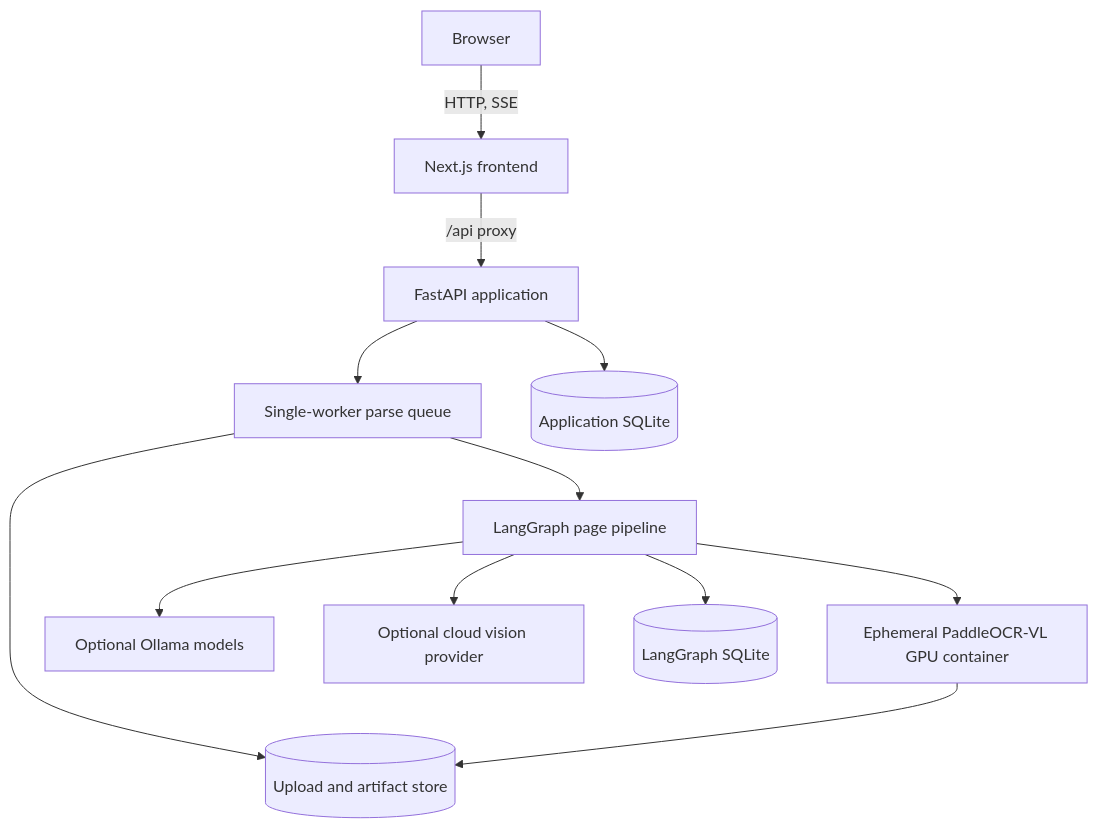
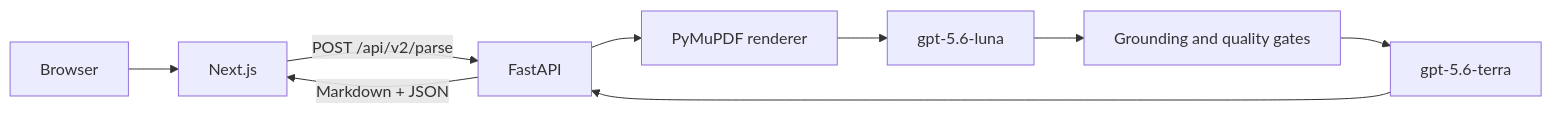
Before and after one commit to pypi-ahmad/Agentic-Document-Extraction: the diagram in docs/ARCHITECTURE.md, drawn with Mermaid. The commit also changed other lines of this file and 146 other files, not shown here.

````diff
--- a/docs/ARCHITECTURE.md
+++ b/docs/ARCHITECTURE.md
@@ -28,14 +6,11 @@
 ```mermaid
-flowchart TB
-    Browser[Browser] -->|HTTP, SSE| Next[Next.js frontend]
-    Next -->|/api proxy| API[FastAPI application]
-    API --> Queue[Single-worker parse queue]
-    Queue --> Graph[LangGraph page pipeline]
-    Graph --> Paddle[Ephemeral PaddleOCR-VL GPU container]
-    Graph --> Ollama[Optional Ollama models]
-    Graph --> Cloud[Optional cloud vision provider]
-    API --> AppDB[(Application SQLite)]
-    Graph --> Checkpoints[(LangGraph SQLite)]
-    Queue --> Store[(Upload and artifact store)]
-    Paddle --> Store
+flowchart LR
+    User[Browser] --> UI[Next.js]
+    UI -->|POST /api/v2/parse| API[FastAPI]
+    API --> Render[PyMuPDF renderer]
+    Render --> Draft[gpt-5.6-luna]
+    Draft --> Ground[Grounding and quality gates]
+    Ground --> Verify[gpt-5.6-terra]
+    Verify --> API
+    API -->|Markdown + JSON| UI
 ```
````
